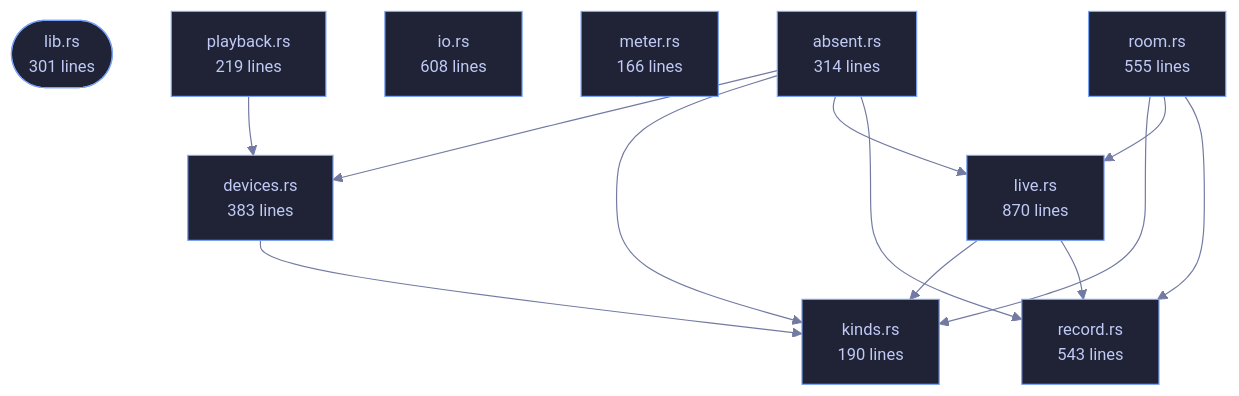
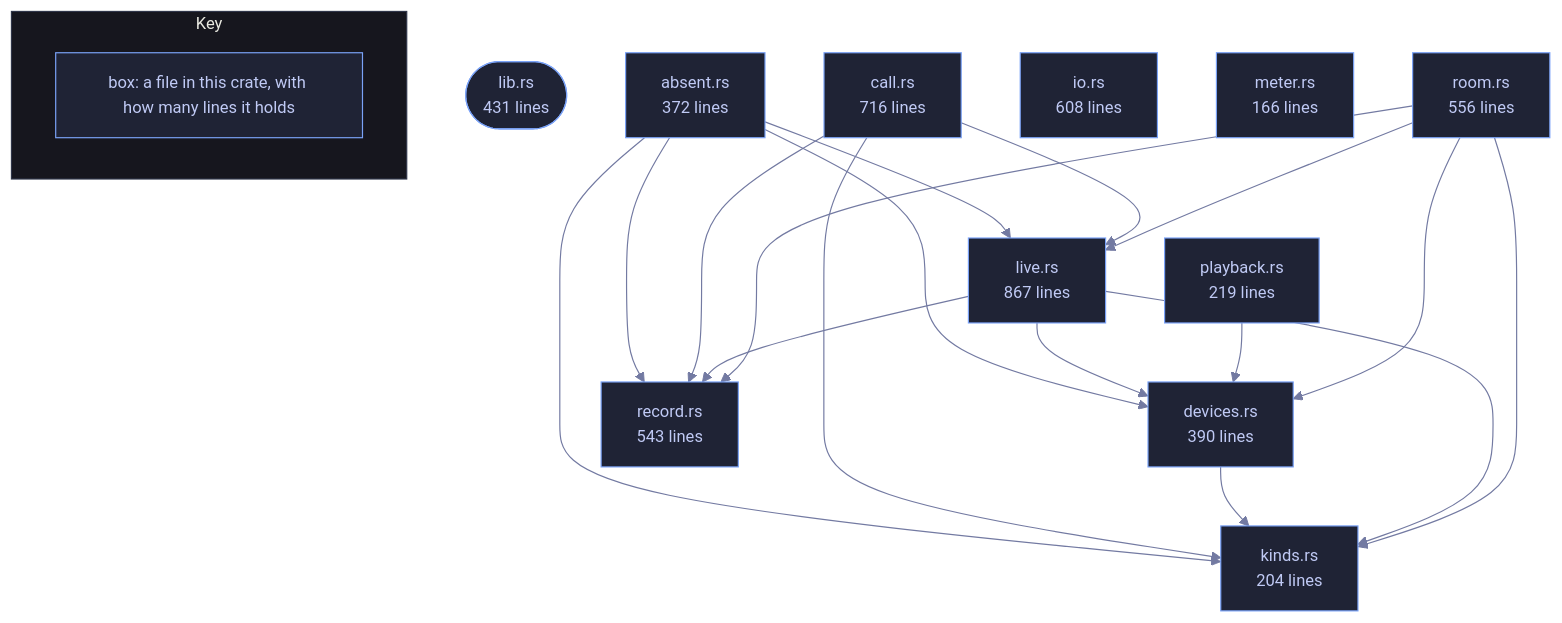
Before and after one commit to tilas01/veilvoice: the diagram in wiki/Crate-veilvoice-audio.md, drawn with Mermaid. The commit also changed other lines of this file and 1510 other files, not shown here.

First line of the commit message:
Regenerate the documentation, wiki, site, graphs and measured numbers

````diff
--- a/wiki/Crate-veilvoice-audio.md
+++ b/wiki/Crate-veilvoice-audio.md
@@ -67,35 +67,46 @@
 ```mermaid
 %%{init: {"theme":"base","themeVariables":{"background":"#1a1b26","primaryColor":"#1f2335","primaryTextColor":"#c0caf5","primaryBorderColor":"#7aa2f7","secondaryColor":"#16161e","tertiaryColor":"#16161e","lineColor":"#737aa2","textColor":"#c0caf5","mainBkg":"#1f2335","nodeBorder":"#7aa2f7","clusterBkg":"#16161e","clusterBorder":"#2f3549","fontFamily":"ui-monospace, SFMono-Regular, Consolas, monospace","fontSize":"14px"}}}%%
 flowchart TD
-    n_lib(["lib.rs<br/>301 lines"])
-    n_absent["absent.rs<br/>314 lines"]
-    n_devices["devices.rs<br/>383 lines"]
+    n_lib(["lib.rs<br/>431 lines"])
+    n_absent["absent.rs<br/>372 lines"]
+    n_call["call.rs<br/>716 lines"]
+    n_devices["devices.rs<br/>390 lines"]
     n_io["io.rs<br/>608 lines"]
-    n_kinds["kinds.rs<br/>190 lines"]
-    n_live["live.rs<br/>870 lines"]
+    n_kinds["kinds.rs<br/>204 lines"]
+    n_live["live.rs<br/>867 lines"]
     n_meter["meter.rs<br/>166 lines"]
     n_playback["playback.rs<br/>219 lines"]
     n_record["record.rs<br/>543 lines"]
-    n_room["room.rs<br/>555 lines"]
+    n_room["room.rs<br/>556 lines"]
     n_absent --> n_devices
     n_absent --> n_kinds
     n_absent --> n_live
     n_absent --> n_record
+    n_call --> n_kinds
+    n_call --> n_live
+    n_call --> n_record
     n_devices --> n_kinds
+    n_live --> n_devices
     n_live --> n_kinds
     n_live --> n_record
     n_playback --> n_devices
+    n_room --> n_devices
     n_room --> n_kinds
     n_room --> n_live
     n_room --> n_record
     click n_lib href "https://github.com/tilas01/veilvoice/blob/main/crates/veilvoice-audio/src/lib.rs" "open the source"
     click n_absent href "https://github.com/tilas01/veilvoice/blob/main/crates/veilvoice-audio/src/absent.rs" "open the source"
+    click n_call href "https://github.com/tilas01/veilvoice/blob/main/crates/veilvoice-audio/src/call.rs" "open the source"
     click n_devices href "https://github.com/tilas01/veilvoice/blob/main/crates/veilvoice-audio/src/devices.rs" "open the source"
     click n_io href "https://github.com/tilas01/veilvoice/blob/main/crates/veilvoice-audio/src/io.rs" "open the source"
     click n_kinds href "https://github.com/tilas01/veilvoice/blob/main/crates/veilvoice-audio/src/kinds.rs" "open the source"
     click n_live href "https://github.com/tilas01/veilvoice/blob/main/crates/veilvoice-audio/src/live.rs" "open the source"
     click n_meter href "https://github.com/tilas01/veilvoice/blob/main/crates/veilvoice-audio/src/meter.rs" "open the source"
     click n_playback href "https://github.com/tilas01/veilvoice/blob/main/crates/veilvoice-audio/src/playback.rs" "open the source"
     click n_record href "https://github.com/tilas01/veilvoice/blob/main/crates/veilvoice-audio/src/record.rs" "open the source"
     click n_room href "https://github.com/tilas01/veilvoice/blob/main/crates/veilvoice-audio/src/room.rs" "open the source"
+    subgraph chart_key ["Key"]
+        direction LR
+        key_box["box: a file in this crate, with how many lines it holds"]
+    end
 ```
````
